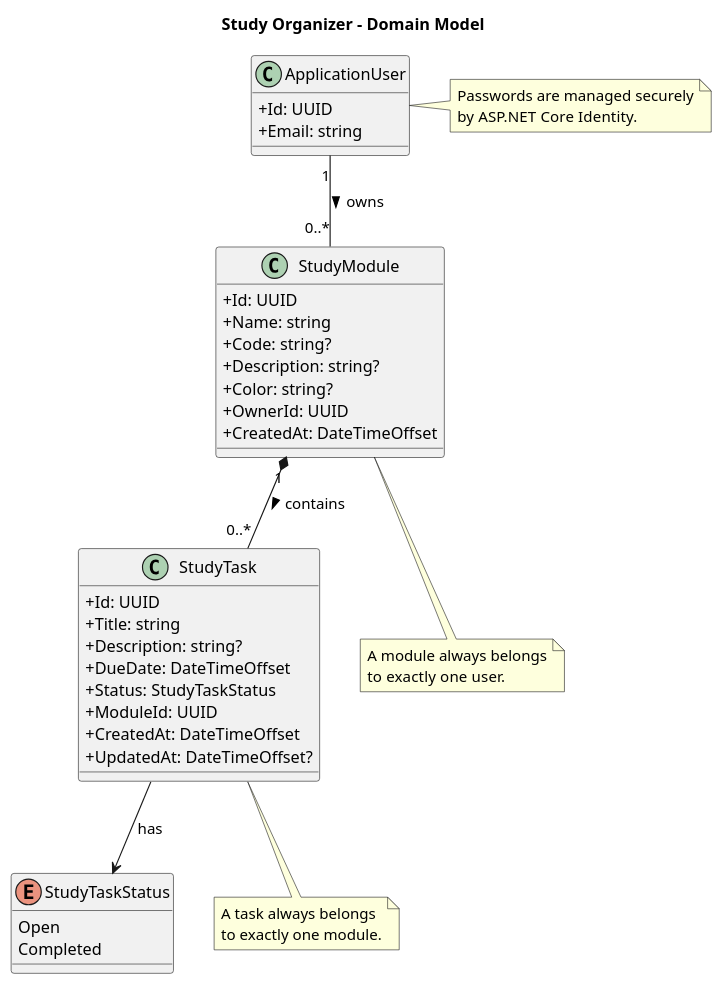
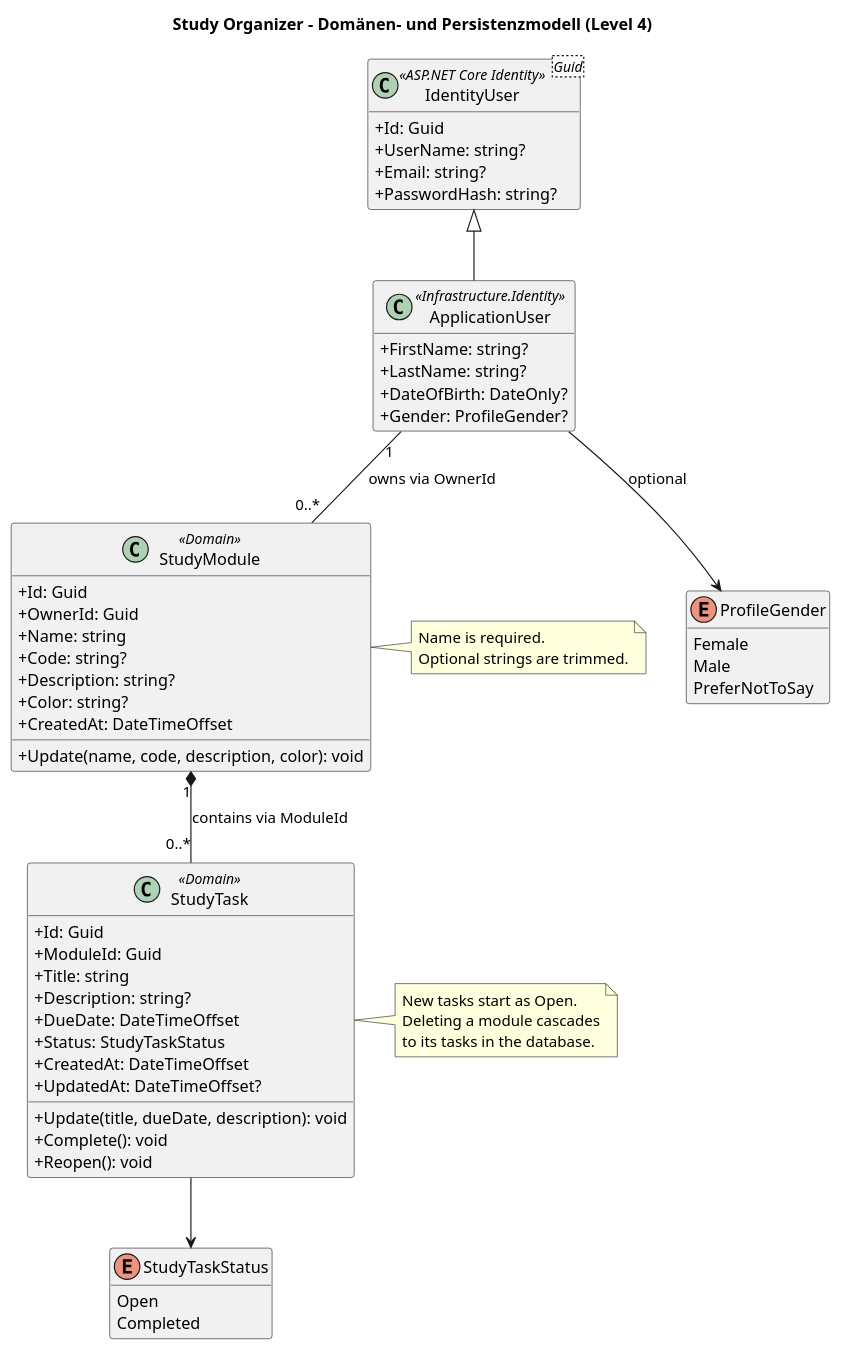
Before and after one commit to Saburollah/study-organizer: the diagram in Docs/diagrams/c4/domain-model.puml, drawn with PlantUML. The commit also changed 11 other files, not shown here.

Commit message:
docs: update project documentation and C4 diagrams (#62)

```diff
--- a/Docs/diagrams/c4/domain-model.puml
+++ b/Docs/diagrams/c4/domain-model.puml
@@ -1,58 +1,74 @@
 @startuml StudyOrganizerDomainModel
+title Study Organizer – Domänen- und Persistenzmodell (Level 4)
 
-title Study Organizer - Domain Model
-
+hide empty methods
 skinparam classAttributeIconSize 0
 skinparam shadowing false
 
-class ApplicationUser {
-    +Id: UUID
-    +Email: string
+class "IdentityUser<Guid>" as IdentityUser <<ASP.NET Core Identity>> {
+  + Id: Guid
+  + UserName: string?
+  + Email: string?
+  + PasswordHash: string?
 }
 
-class StudyModule {
-    +Id: UUID
-    +Name: string
-    +Code: string?
-    +Description: string?
-    +Color: string?
-    +OwnerId: UUID
-    +CreatedAt: DateTimeOffset
+class ApplicationUser <<Infrastructure.Identity>> {
+  + FirstName: string?
+  + LastName: string?
+  + DateOfBirth: DateOnly?
+  + Gender: ProfileGender?
 }
 
-class StudyTask {
-    +Id: UUID
-    +Title: string
-    +Description: string?
-    +DueDate: DateTimeOffset
-    +Status: StudyTaskStatus
-    +ModuleId: UUID
-    +CreatedAt: DateTimeOffset
-    +UpdatedAt: DateTimeOffset?
+enum ProfileGender {
+  Female
+  Male
+  PreferNotToSay
+}
+
+class StudyModule <<Domain>> {
+  + Id: Guid
+  + OwnerId: Guid
+  + Name: string
+  + Code: string?
+  + Description: string?
+  + Color: string?
+  + CreatedAt: DateTimeOffset
+  + Update(name, code, description, color): void
+}
+
+class StudyTask <<Domain>> {
+  + Id: Guid
+  + ModuleId: Guid
+  + Title: string
+  + Description: string?
+  + DueDate: DateTimeOffset
+  + Status: StudyTaskStatus
+  + CreatedAt: DateTimeOffset
+  + UpdatedAt: DateTimeOffset?
+  + Update(title, dueDate, description): void
+  + Complete(): void
+  + Reopen(): void
 }
 
 enum StudyTaskStatus {
-    Open
-    Completed
+  Open
+  Completed
 }
 
-ApplicationUser "1" -- "0..*" StudyModule : owns >
-StudyModule "1" *-- "0..*" StudyTask : contains >
-StudyTask --> StudyTaskStatus : has
+IdentityUser <|-- ApplicationUser
+ApplicationUser --> ProfileGender : optional
+ApplicationUser "1" -- "0..*" StudyModule : owns via OwnerId
+StudyModule "1" *-- "0..*" StudyTask : contains via ModuleId
+StudyTask --> StudyTaskStatus
 
-note right of ApplicationUser
-Passwords are managed securely
-by ASP.NET Core Identity.
+note right of StudyModule
+  Name is required.
+  Optional strings are trimmed.
 end note
 
-note bottom of StudyModule
-A module always belongs
-to exactly one user.
+note right of StudyTask
+  New tasks start as Open.
+  Deleting a module cascades
+  to its tasks in the database.
 end note
-
-note bottom of StudyTask
-A task always belongs
-to exactly one module.
-end note
-
 @enduml
```
